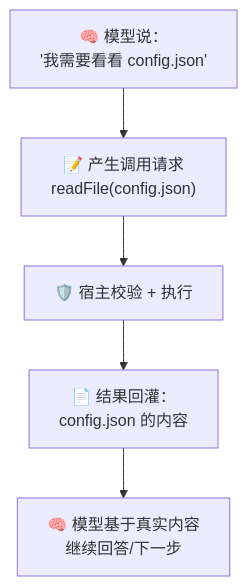
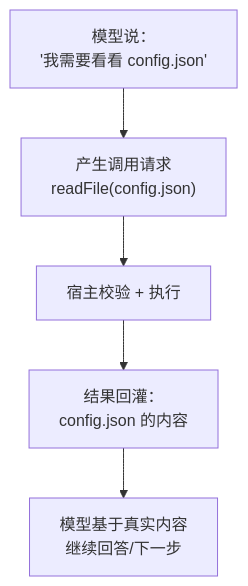
One commit to luckykhy/KhyAiHub changed the fifth of 7 diagrams in docs/02_CONCEPTS_概念入门/CONCEPT/[CONCEPT-02] 什么是ToolCalling-工具调用.md. Above: the diagram before and after it, drawn with Mermaid. The commit also changed other lines of this file and 19 other files, not shown here.

````diff
--- a/docs/02_CONCEPTS_概念入门/CONCEPT/[CONCEPT-02] 什么是ToolCalling-工具调用.md
+++ b/docs/02_CONCEPTS_概念入门/CONCEPT/[CONCEPT-02] 什么是ToolCalling-工具调用.md
@@ -306,7 +306,7 @@
 ```mermaid
 flowchart TD
-  A["🧠 模型说：<br/>'我需要看看 config.json'"] --> B["📝 产生调用请求<br/>readFile(config.json)"]
-  B --> C["🛡️ 宿主校验 + 执行"]
-  C --> D["📄 结果回灌：<br/>config.json 的内容"]
-  D --> E["🧠 模型基于真实内容<br/>继续回答/下一步"]
+  A["模型说：<br/>'我需要看看 config.json'"] --> B["产生调用请求<br/>readFile(config.json)"]
+  B --> C["宿主校验 + 执行"]
+  C --> D["结果回灌：<br/>config.json 的内容"]
+  D --> E["模型基于真实内容<br/>继续回答/下一步"]
 ```
````
